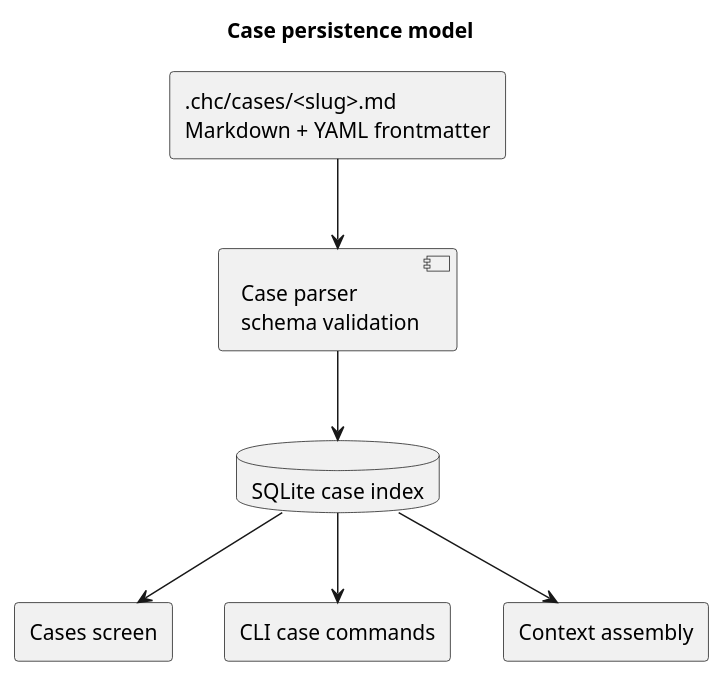
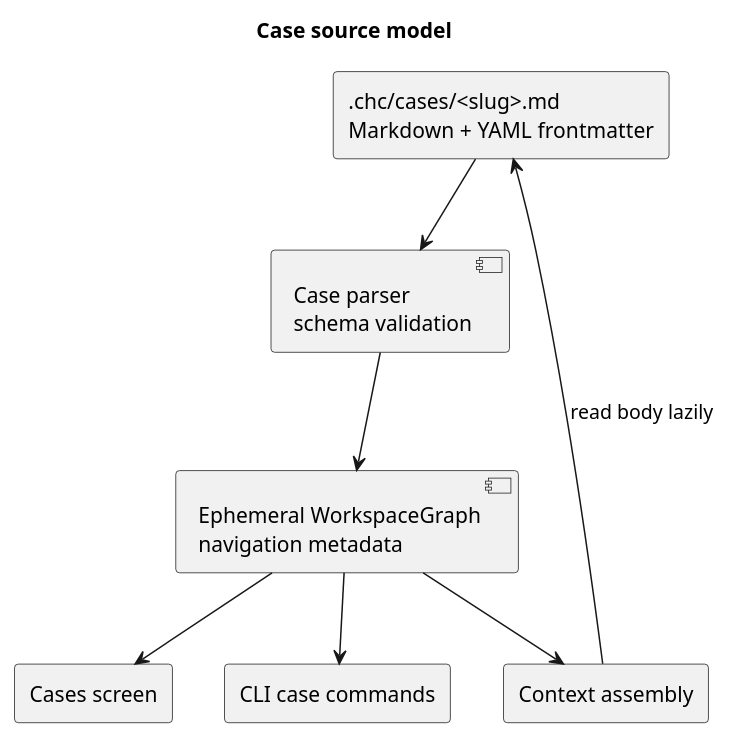
Before and after one commit to adrianpk/chr: the first of 4 diagrams in .prj/specs/specs/tui-cases-screen.md, drawn with PlantUML. The commit also changed other lines of this file and 2 other files, not shown here.

Commit message:
docs(workspace): define markdown-only project cases contract

````diff
--- a/.prj/specs/specs/tui-cases-screen.md
+++ b/.prj/specs/specs/tui-cases-screen.md
@@ -121,19 +121,20 @@
 ```plantuml
 @startuml
-title Case persistence model
+title Case source model
 
 rectangle ".chc/cases/<slug>.md\nMarkdown + YAML frontmatter" as File
 component "Case parser\nschema validation" as Parser
-database "SQLite case index" as DB
+component "Ephemeral WorkspaceGraph\nnavigation metadata" as Graph
 rectangle "Cases screen" as UI
 rectangle "CLI case commands" as CLI
 rectangle "Context assembly" as Context
 
 File --> Parser
-Parser --> DB
-DB --> UI
-DB --> CLI
-DB --> Context
+Parser --> Graph
+Graph --> UI
+Graph --> CLI
+Graph --> Context
+Context --> File : read body lazily
 
 @enduml
 ```
````
